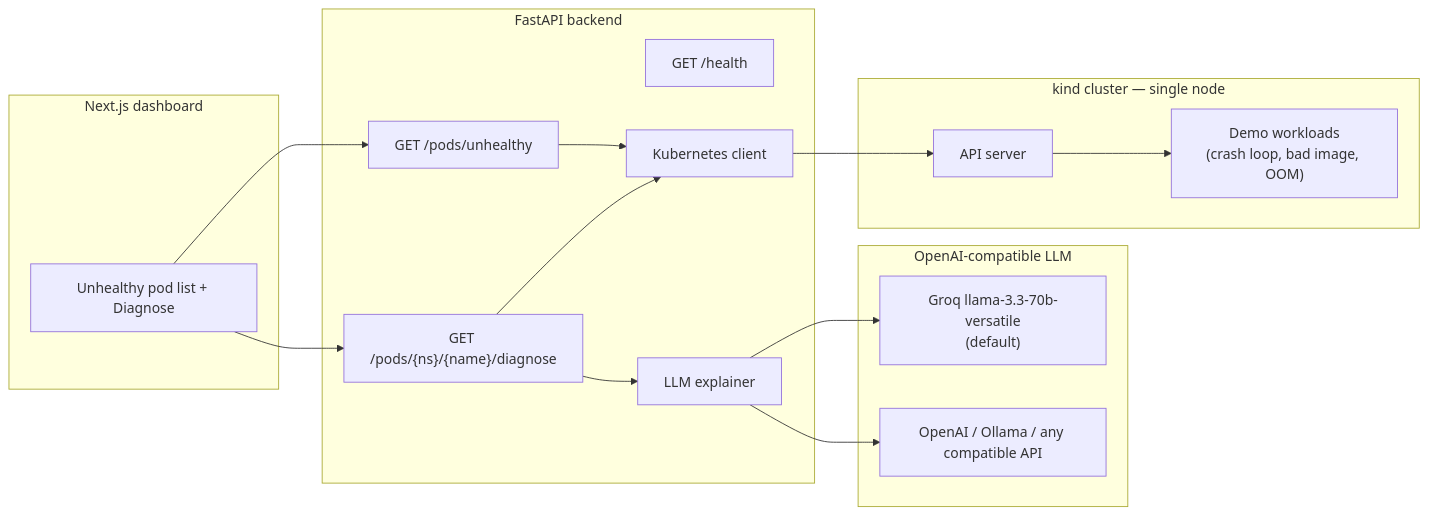
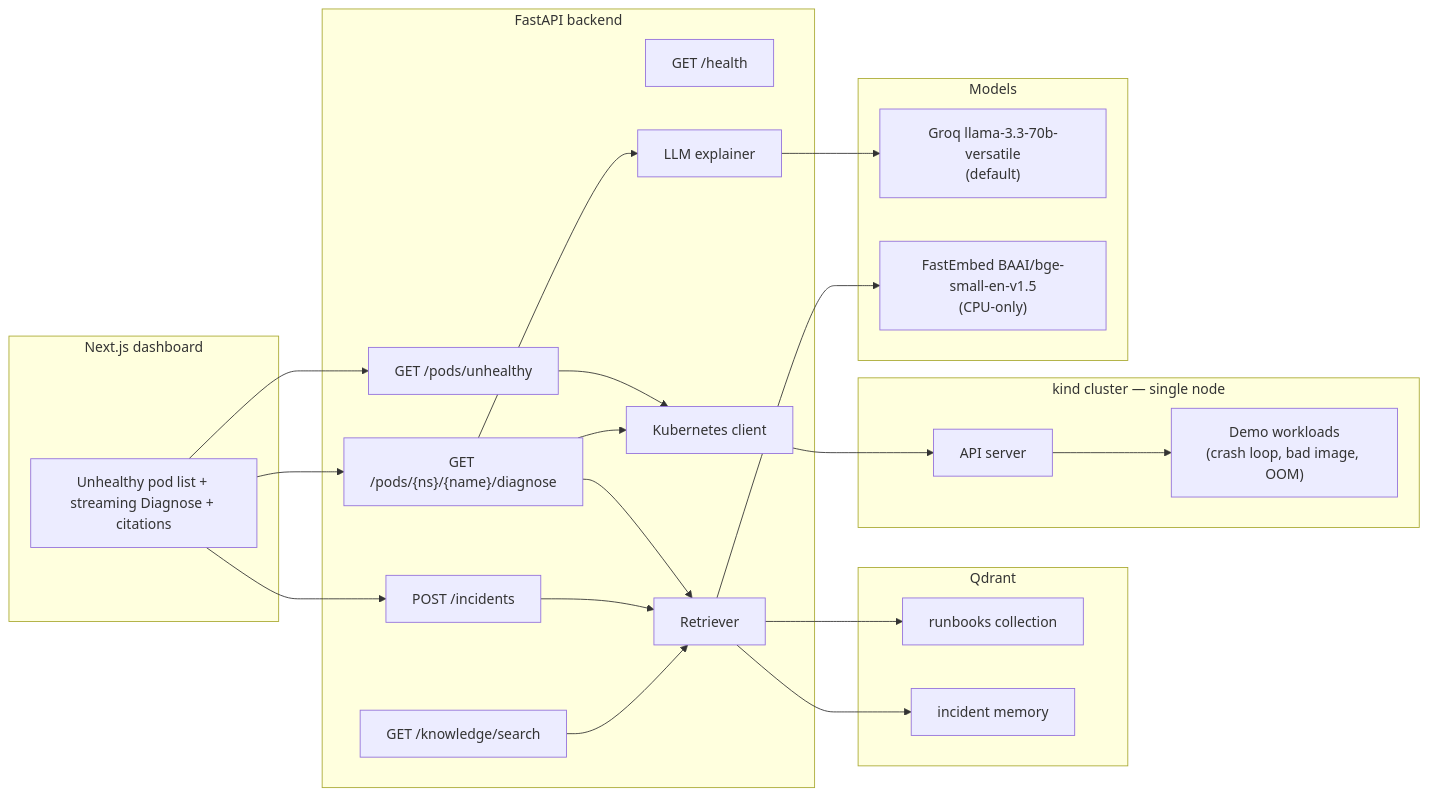
The diagram in README.md (Kayd-06/kube-copilot), drawn with Mermaid before and after one commit. The commit also changed other lines of this file, not shown here.

First line of the commit message:
Document Phase 2 RAG architecture and the ingest workflow.

````diff
--- a/README.md
+++ b/README.md
@@ -15,34 +15,48 @@
 ```mermaid
 flowchart LR
   subgraph UI["Next.js dashboard"]
-    Dash["Unhealthy pod list + Diagnose"]
+    Dash["Unhealthy pod list + streaming Diagnose + citations"]
   end
 
   subgraph API["FastAPI backend"]
     Health["GET /health"]
     List["GET /pods/unhealthy"]
     Diag["GET /pods/{ns}/{name}/diagnose"]
+    Incidents["POST /incidents"]
+    Search["GET /knowledge/search"]
     K8S["Kubernetes client"]
+    RAG["Retriever"]
     LLM["LLM explainer"]
+  end
+
+  subgraph Knowledge["Qdrant"]
+    Runbooks["runbooks collection"]
+    Memory["incident memory"]
   end
 
   subgraph Cluster["kind cluster — single node"]
     APIServer["API server"]
     Demo["Demo workloads\n(crash loop, bad image, OOM)"]
   end
 
-  subgraph Models["OpenAI-compatible LLM"]
+  subgraph Models["Models"]
     Groq["Groq llama-3.3-70b-versatile\n(default)"]
-    Other["OpenAI / Ollama / any compatible API"]
+    Embed["FastEmbed BAAI/bge-small-en-v1.5\n(CPU-only)"]
   end
 
   Dash --> List
   Dash --> Diag
+  Dash --> Incidents
   List --> K8S
   Diag --> K8S
+  Diag --> RAG
   Diag --> LLM
+  Incidents --> RAG
+  Search --> RAG
+  RAG --> Runbooks
+  RAG --> Memory
+  RAG --> Embed
   K8S --> APIServer
   APIServer --> Demo
   LLM --> Groq
-  LLM --> Other
 ```
````
